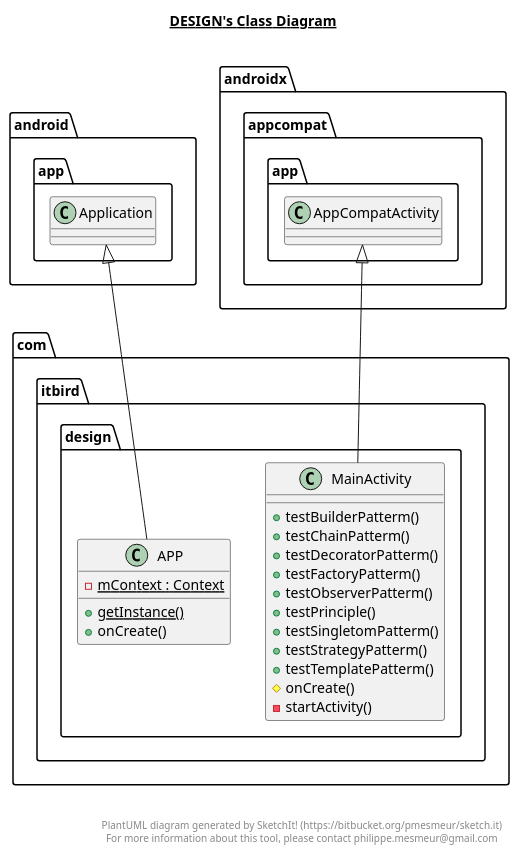
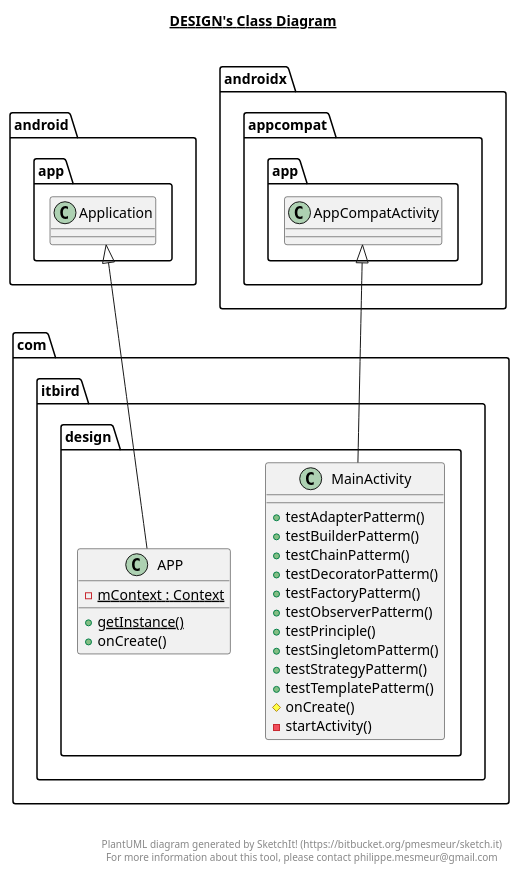
The diagram in app/src/main/java/com/itbird/design/design.plantuml (xfkang/DesignPatternPractice), drawn with PlantUML before and after one commit. The commit also changed 36 other files, not shown here.

```diff
--- a/app/src/main/java/com/itbird/design/design.plantuml
+++ b/app/src/main/java/com/itbird/design/design.plantuml
@@ -1,42 +1,43 @@
 @startuml
 
 title __DESIGN's Class Diagram__\n
 
   namespace com.itbird.design {
     class com.itbird.design.APP {
         {static} - mContext : Context
         {static} + getInstance()
         + onCreate()
     }
   }
   
 
   namespace com.itbird.design {
     class com.itbird.design.MainActivity {
+        + testAdapterPatterm()
         + testBuilderPatterm()
         + testChainPatterm()
         + testDecoratorPatterm()
         + testFactoryPatterm()
         + testObserverPatterm()
         + testPrinciple()
         + testSingletomPatterm()
         + testStrategyPatterm()
         + testTemplatePatterm()
         # onCreate()
         - startActivity()
     }
   }
   
 
   com.itbird.design.APP -up-|> android.app.Application
   com.itbird.design.MainActivity -up-|> androidx.appcompat.app.AppCompatActivity
 
 
 right footer
 
 
 PlantUML diagram generated by SketchIt! (https://bitbucket.org/pmesmeur/sketch.it)
 For more information about this tool, please contact philippe.mesmeur@gmail.com
 endfooter
 
 @enduml
```
